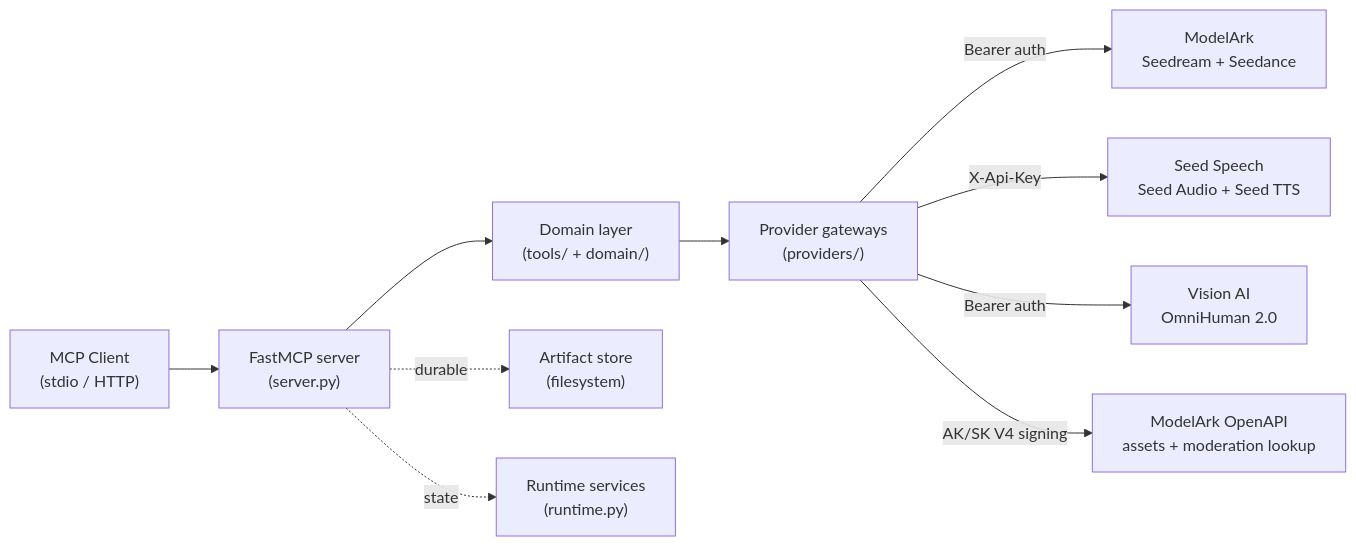
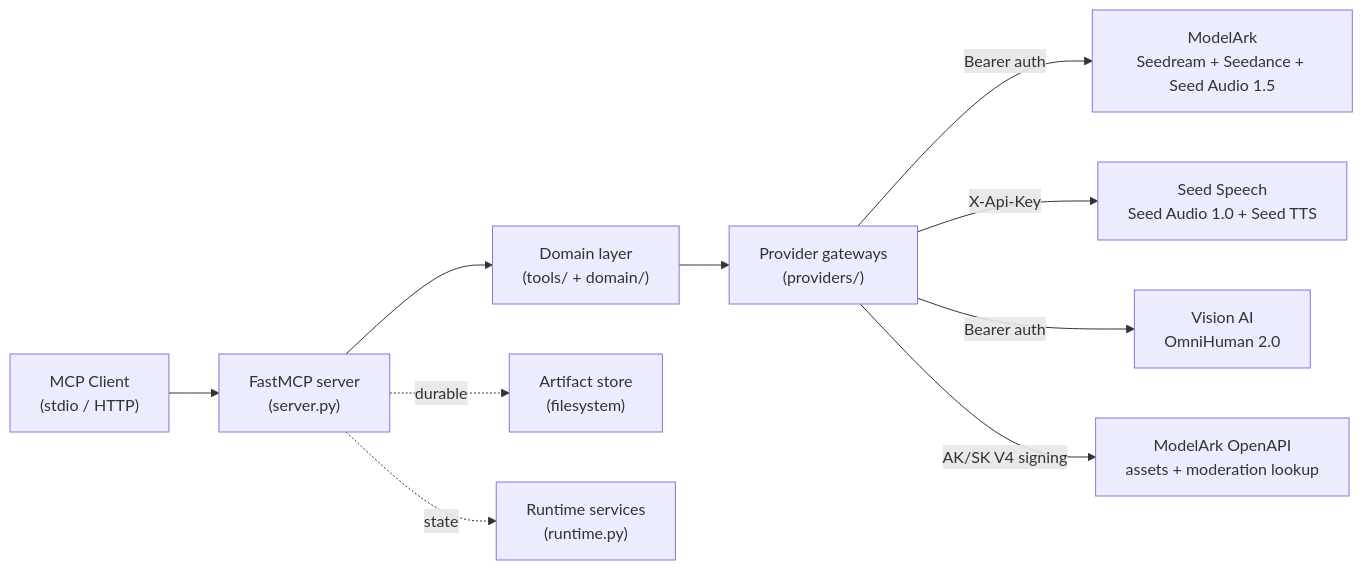
One commit to byteplus-sa/ark-mcp changed the first of 4 diagrams in docs/architecture.md. Above: the diagram before and after it, drawn with Mermaid. The commit also changed other lines of this file and 45 other files, not shown here.

Commit message:
feat: add Seed Audio 1.5 support

````diff
--- a/docs/architecture.md
+++ b/docs/architecture.md
@@ -61,12 +62,12 @@
 ```mermaid
 flowchart LR
     Client["MCP Client\n(stdio / HTTP)"] --> Server["FastMCP server\n(server.py)"]
     Server --> Domain["Domain layer\n(tools/ + domain/)"]
     Domain --> Gateway["Provider gateways\n(providers/)"]
-    Gateway -->|"Bearer auth"| ModelArk["ModelArk\nSeedream + Seedance"]
-    Gateway -->|"X-Api-Key"| SeedSpeech["Seed Speech\nSeed Audio + Seed TTS"]
+    Gateway -->|"Bearer auth"| ModelArk["ModelArk\nSeedream + Seedance + Seed Audio 1.5"]
+    Gateway -->|"X-Api-Key"| SeedSpeech["Seed Speech\nSeed Audio 1.0 + Seed TTS"]
     Gateway -->|"Bearer auth"| VisionCv["Vision AI\nOmniHuman 2.0"]
     Gateway -->|"AK/SK V4 signing"| OpenApi["ModelArk OpenAPI\nassets + moderation lookup"]
     Server -.durable.-> Store["Artifact store\n(filesystem)"]
     Server -.state.-> Runtime["Runtime services\n(runtime.py)"]
 ```
````
